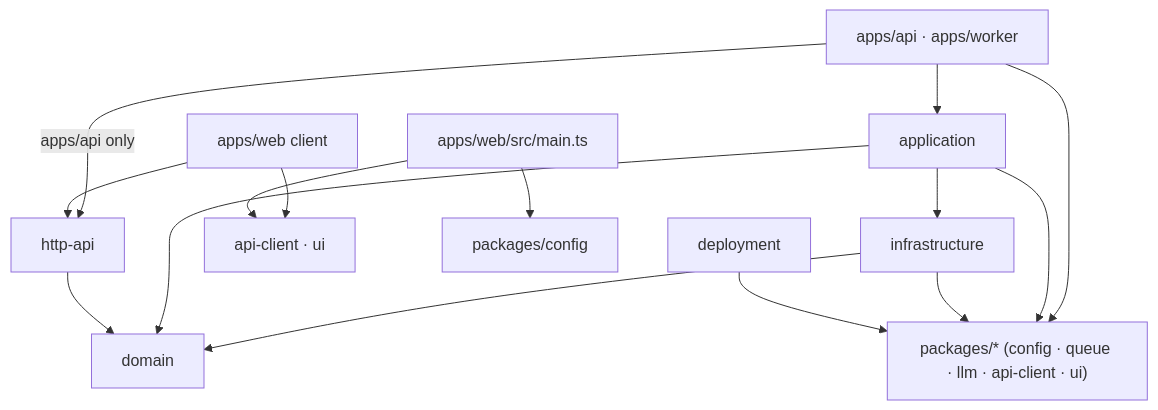
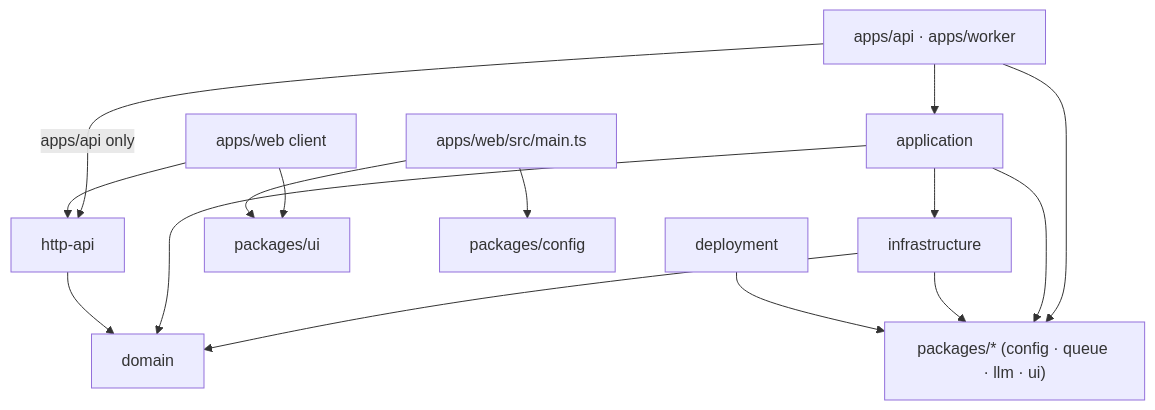
Before and after one commit to khotei/app-template: the diagram in docs/knowledge/architecture.md, drawn with Mermaid. The commit also changed other lines of this file and 27 other files, not shown here.

````diff
--- a/docs/knowledge/architecture.md
+++ b/docs/knowledge/architecture.md
@@ -9,17 +9,17 @@
 ```mermaid
 graph TD
   apps["apps/api · apps/worker"] --> application
   application --> infrastructure
   infrastructure --> domain
   application --> domain
   apps -->|"apps/api only"| httpApi["http-api"]
   httpApi --> domain
-  apps --> packages["packages/* (config · queue · llm · api-client · ui)"]
+  apps --> packages["packages/* (config · queue · llm · ui)"]
   application --> packages
   infrastructure --> packages
   web["apps/web client"] --> httpApi
-  web --> clientPkgs["api-client · ui"]
-  webMain["apps/web/src/main.ts"] --> clientPkgs
+  web --> ui["packages/ui"]
+  webMain["apps/web/src/main.ts"] --> ui
   webMain --> config["packages/config"]
   deployment --> packages
 ```
````
